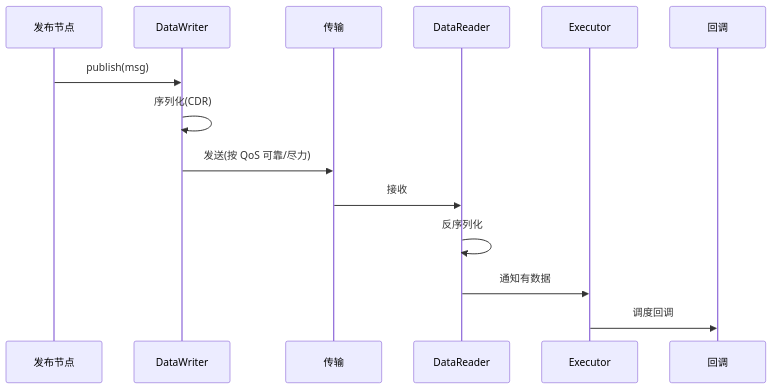
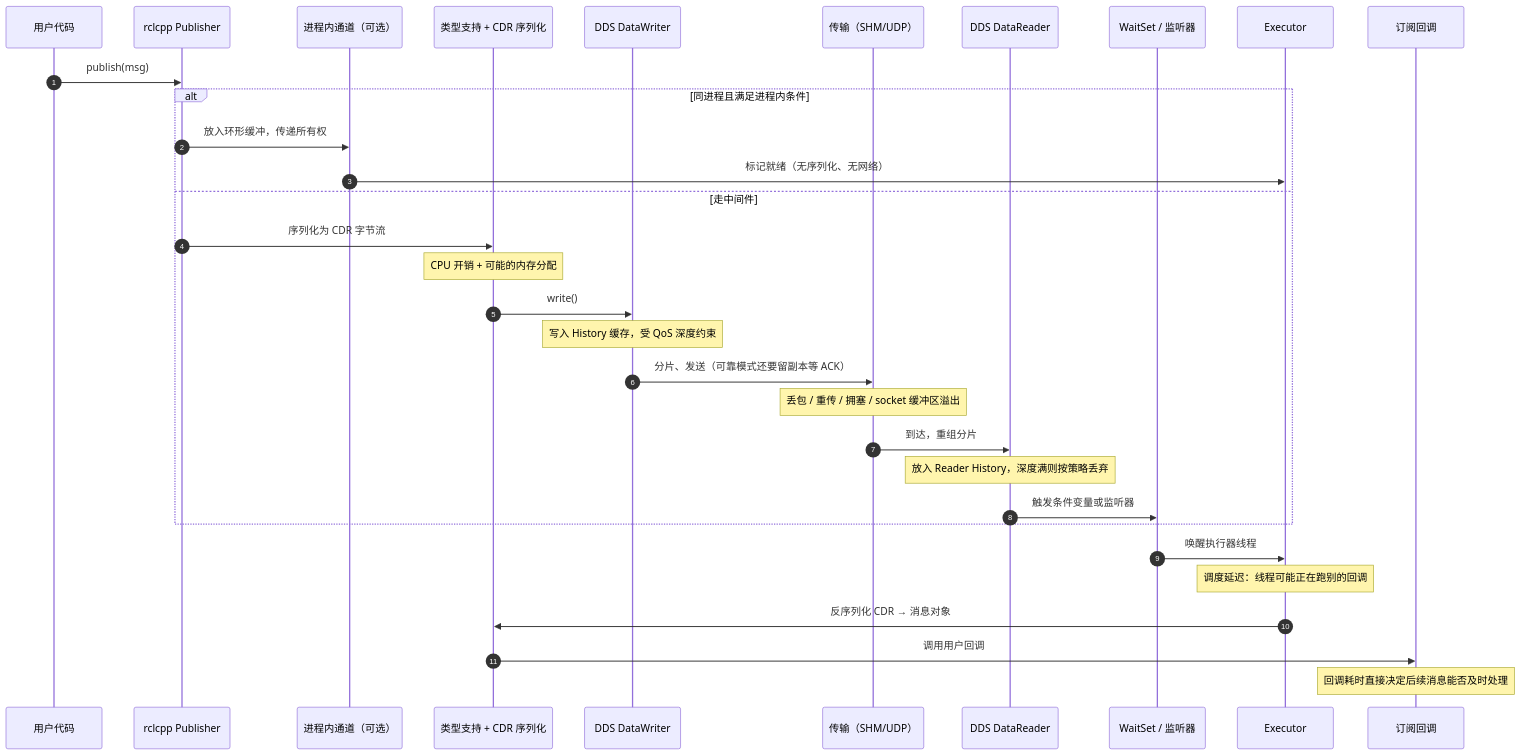
Before and after one commit to cavemancave/mw-study: the third of 7 diagrams in docs/chapter5.md, drawn with Mermaid. The commit also changed other lines of this file and 6 other files, not shown here.

````diff
--- a/docs/chapter5.md
+++ b/docs/chapter5.md
@@ -30,16 +212,34 @@
 ```mermaid
 sequenceDiagram
-    participant P as 发布节点
-    participant DW as DataWriter
-    participant NET as 传输
-    participant DR as DataReader
+    autonumber
+    participant U as 用户代码
+    participant P as rclcpp Publisher
+    participant IPC as 进程内通道（可选）
+    participant TS as 类型支持 + CDR 序列化
+    participant DW as DDS DataWriter
+    participant NET as 传输（SHM/UDP）
+    participant DR as DDS DataReader
+    participant WS as WaitSet / 监听器
     participant EX as Executor
-    participant CB as 回调
-    P->>DW: publish(msg)
-    DW->>DW: 序列化(CDR)
-    DW->>NET: 发送(按 QoS 可靠/尽力)
-    NET->>DR: 接收
-    DR->>DR: 反序列化
-    DR->>EX: 通知有数据
-    EX->>CB: 调度回调
+    participant CB as 订阅回调
+    U->>P: publish(msg)
+    alt 同进程且满足进程内条件
+        P->>IPC: 放入环形缓冲，传递所有权
+        IPC->>EX: 标记就绪（无序列化、无网络）
+    else 走中间件
+        P->>TS: 序列化为 CDR 字节流
+        Note over TS: CPU 开销 + 可能的内存分配
+        TS->>DW: write()
+        Note over DW: 写入 History 缓存，受 QoS 深度约束
+        DW->>NET: 分片、发送（可靠模式还要留副本等 ACK）
+        Note over NET: 丢包 / 重传 / 拥塞 / socket 缓冲区溢出
+        NET->>DR: 到达，重组分片
+        Note over DR: 放入 Reader History，深度满则按策略丢弃
+        DR->>WS: 触发条件变量或监听器
+    end
+    WS->>EX: 唤醒执行器线程
+    Note over EX: 调度延迟：线程可能正在跑别的回调
+    EX->>TS: 反序列化 CDR → 消息对象
+    TS->>CB: 调用用户回调
+    Note over CB: 回调耗时直接决定后续消息能否及时处理
 ```
````
